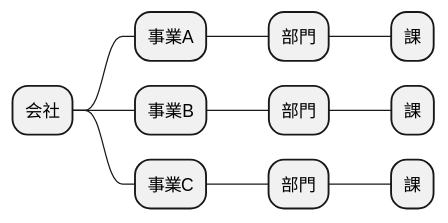
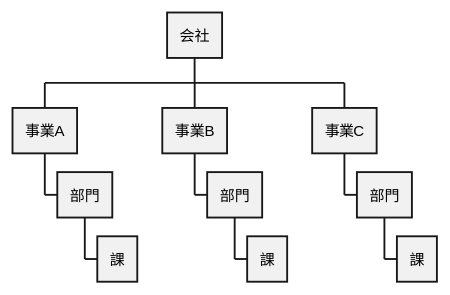
One commit to k2works/case-sutudy-business-analysis changed the first of 15 diagrams in docs/case/r0X_case_X.adoc. Above: the diagram before and after it, drawn with PlantUML. The commit also changed other lines of this file and 1 other file, not shown here.

```diff
--- a/docs/case/r0X_case_X.adoc
+++ b/docs/case/r0X_case_X.adoc
@@ -15,17 +15,17 @@
 [plantuml]
 ----
-@startmindmap
+@startwbs
 
 * 会社
 ** 事業A
 *** 部門
 **** 課
 ** 事業B
 *** 部門
 **** 課
 ** 事業C
 *** 部門
 **** 課
 
-@endmindmap
+@endwbs
 ----
```
